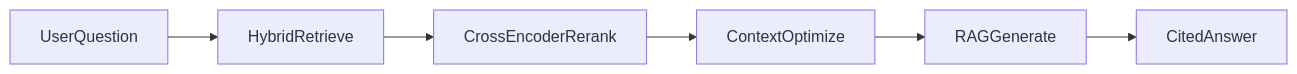
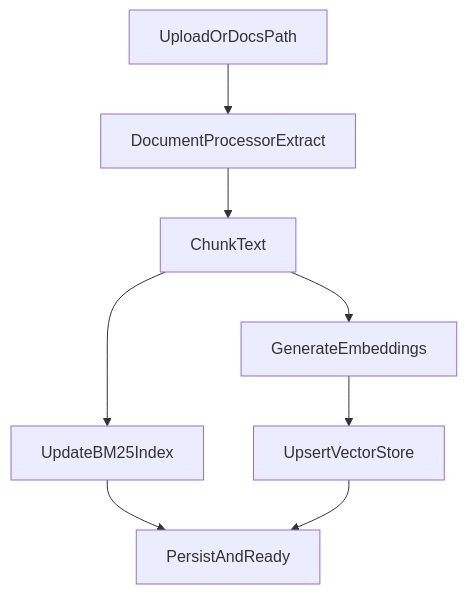
One commit to vampokala/doc-ingestion changed the second of 3 diagrams in README.md. Above: the diagram before and after it, drawn with Mermaid. The commit also changed other lines of this file and 32 other files, not shown here.

First line of the commit message:
feat: add API orchestration and citation-aware RAG flow

````diff
--- a/README.md
+++ b/README.md
@@ -15,8 +52,10 @@
 ```mermaid
-flowchart LR
-  userQuery[UserQuestion] --> retrieve[HybridRetrieve]
-  retrieve --> rerank[CrossEncoderRerank]
-  rerank --> optimize[ContextOptimize]
-  optimize --> generate[RAGGenerate]
-  generate --> citedAnswer[CitedAnswer]
+flowchart TD
+  start[UploadOrDocsPath] --> extract[DocumentProcessorExtract]
+  extract --> chunk[ChunkText]
+  chunk --> bm25[UpdateBM25Index]
+  chunk --> embed[GenerateEmbeddings]
+  embed --> vdb[UpsertVectorStore]
+  bm25 --> done[PersistAndReady]
+  vdb --> done
 ```
````
